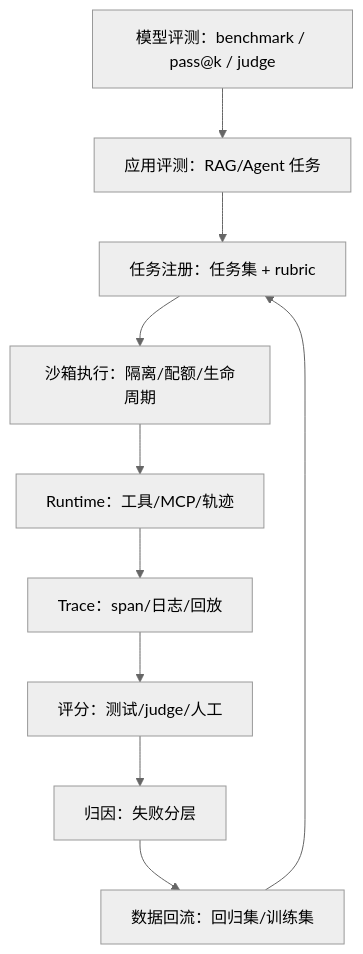
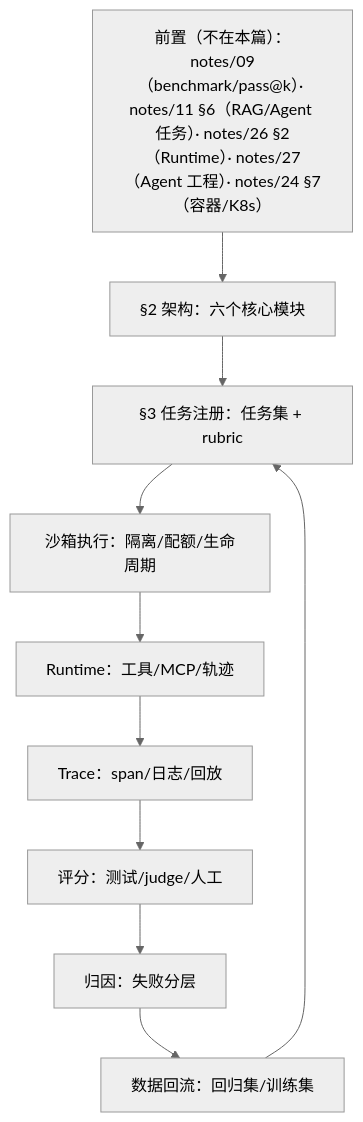
Before and after one commit to Xingkai98/ai-infra-notes-site: the diagram in docs/notes/29_agent_eval_infra.md, drawn with Mermaid (neutral theme). The commit also changed other lines of this file and 22 other files, not shown here.

````diff
--- a/docs/notes/29_agent_eval_infra.md
+++ b/docs/notes/29_agent_eval_infra.md
@@ -18,12 +20,12 @@
 ```mermaid
 flowchart TD
-    A["模型评测：benchmark / pass@k / judge"] --> B["应用评测：RAG/Agent 任务"]
-    B --> C["任务注册：任务集 + rubric"]
+    P["前置（不在本篇）：notes/09（benchmark/pass@k）· notes/11 §6（RAG/Agent 任务）· notes/26 §2（Runtime）· notes/27（Agent 工程）· notes/24 §7（容器/K8s）"] --> A["§2 架构：六个核心模块"]
+    A --> C["§3 任务注册：任务集 + rubric"]
     C --> D["沙箱执行：隔离/配额/生命周期"]
     D --> E["Runtime：工具/MCP/轨迹"]
     E --> F["Trace：span/日志/回放"]
     F --> G["评分：测试/judge/人工"]
     G --> H["归因：失败分层"]
     H --> I["数据回流：回归集/训练集"]
     I --> C
 ```
````
